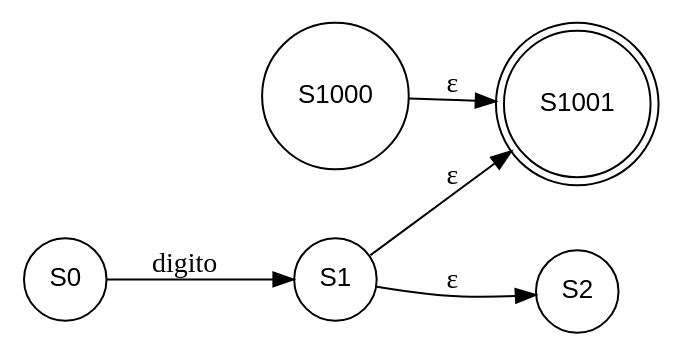
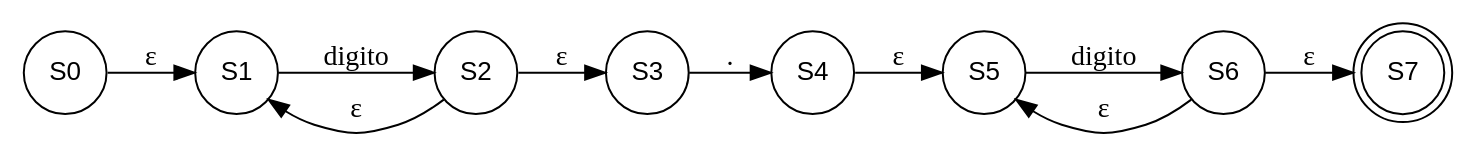
One commit to Desconocido502/OLC1-proyecto1-201902502 changed the diagram in src/AFND_201902502/decimales.dot. Above: the diagram before and after it, drawn with Graphviz. The commit also changed 10 other files, not shown here.

```diff
--- a/src/AFND_201902502/decimales.dot
+++ b/src/AFND_201902502/decimales.dot
@@ -1,13 +1,17 @@
  digraph G {
     node [shape=circle fontsize=13 fontname = "helvetica"];
     nodesep=0.4;
     ranksep=0.5;
-
     rankdir=LR;
 
-S1000 -> S1001 [label="ε"];
-S1 -> S2 [label="ε"];
-S1 -> S1001 [label="ε"];
-S0 -> S1 [label="digito"];
-S1001 [shape=doublecircle];
+S0 -> S1 [label="ε"];
+S2 -> S3 [label="ε"];
+S2 -> S1 [label="ε"];
+S1 -> S2 [label="digito"];
+S3 -> S4 [label="."];
+S4 -> S5 [label="ε"];
+S6 -> S7 [label="ε"];
+S6 -> S5 [label="ε"];
+S5 -> S6 [label="digito"];
+S7 [shape=doublecircle];
 }
```
